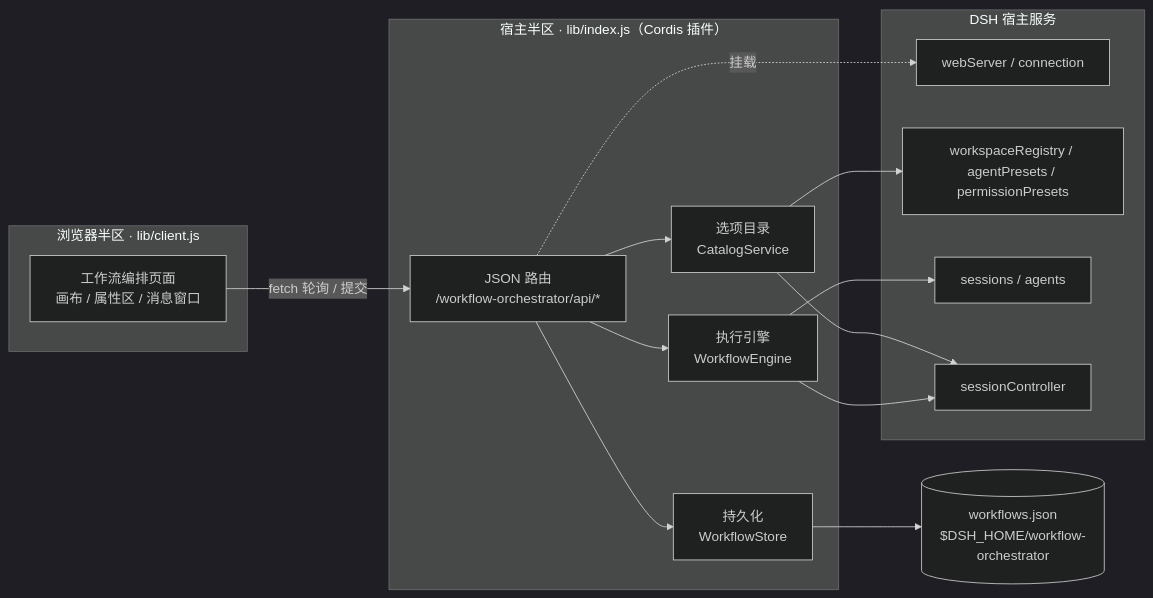
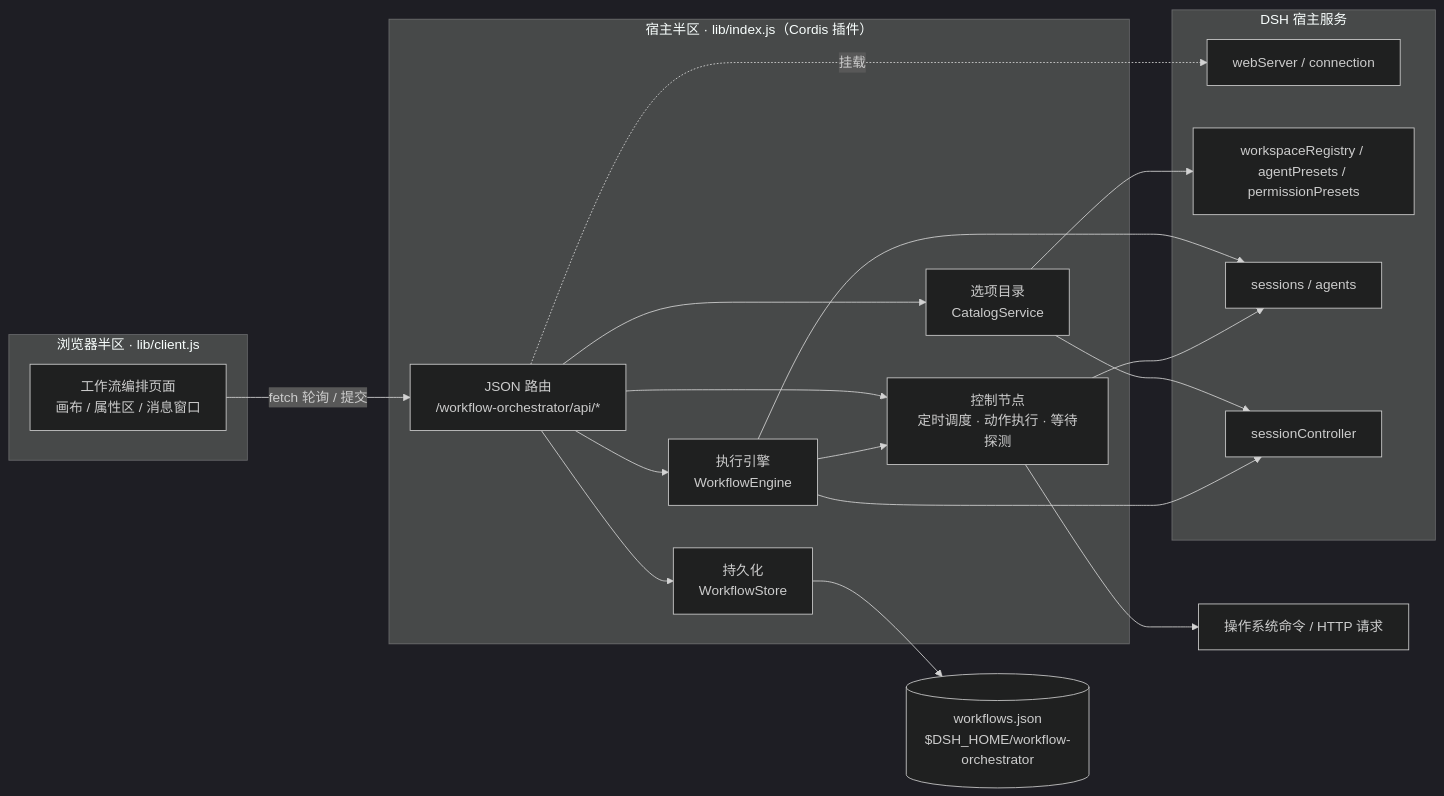
Before and after one commit to czyt1988/dsh-workflow-orchestrator: the first of 2 diagrams in README.md, drawn with Mermaid (dark theme). The commit also changed other lines of this file and 28 other files, not shown here.

````diff
--- a/README.md
+++ b/README.md
@@ -81,31 +86,36 @@
 ```mermaid
 flowchart LR
   subgraph Browser["浏览器半区 · lib/client.js"]
     Panel["工作流编排页面<br/>画布 / 属性区 / 消息窗口"]
   end
 
   subgraph Host["宿主半区 · lib/index.js（Cordis 插件）"]
     Routes["JSON 路由<br/>/workflow-orchestrator/api/*"]
     Engine["执行引擎<br/>WorkflowEngine"]
+    Control["控制节点<br/>定时调度 · 动作执行 · 等待探测"]
     Store["持久化<br/>WorkflowStore"]
     Catalogs["选项目录<br/>CatalogService"]
   end
 
   subgraph DSH["DSH 宿主服务"]
     WebServer["webServer / connection"]
     WorkspaceSvc["workspaceRegistry / agentPresets / permissionPresets"]
     Sessions["sessions / agents"]
     SessionController["sessionController"]
   end
 
   Panel -- "fetch 轮询 / 提交" --> Routes
   Routes --> Store
   Routes --> Engine
   Routes --> Catalogs
+  Routes --> Control
   Store --> Data[("workflows.json<br/>$DSH_HOME/workflow-orchestrator")]
   Catalogs --> WorkspaceSvc
   Catalogs --> SessionController
   Engine --> SessionController
   Engine --> Sessions
+  Engine --> Control
+  Control --> Sessions
+  Control --> OS["操作系统命令 / HTTP 请求"]
   Routes -. "挂载" .-> WebServer
 ```
````
